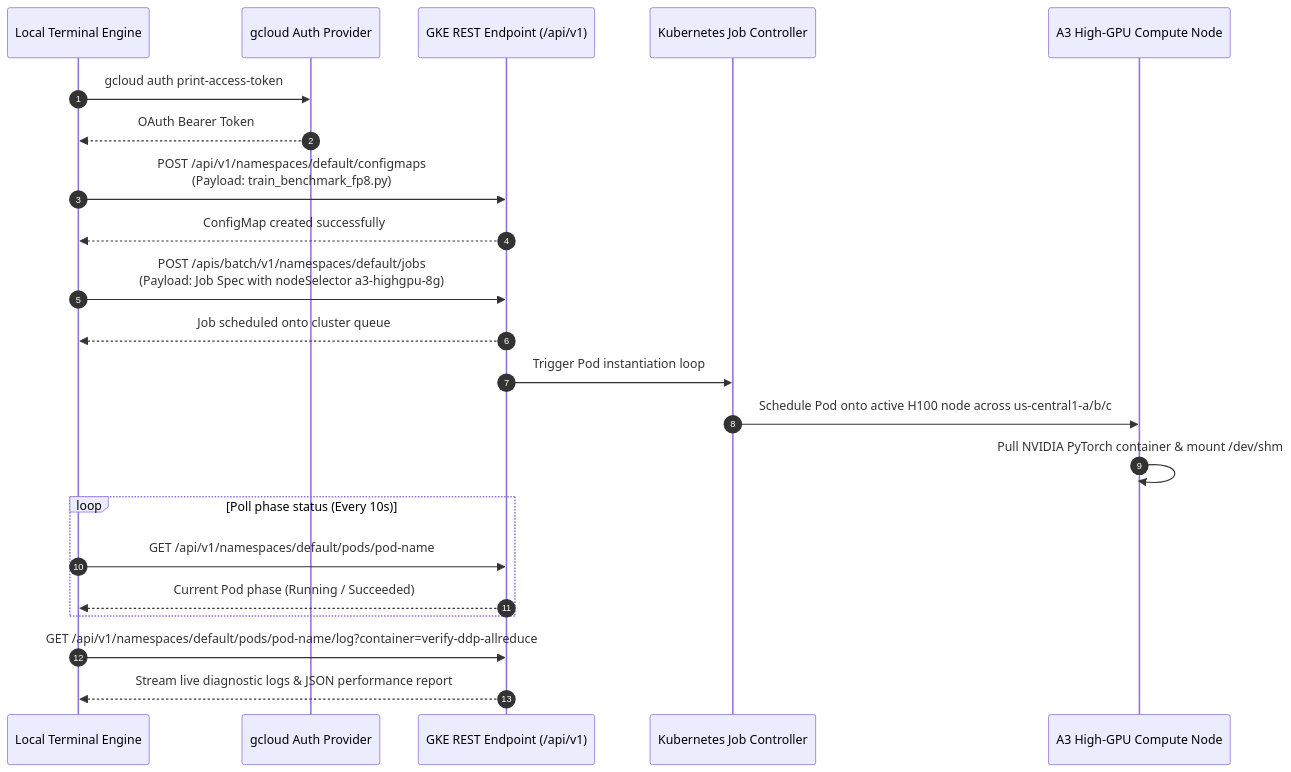
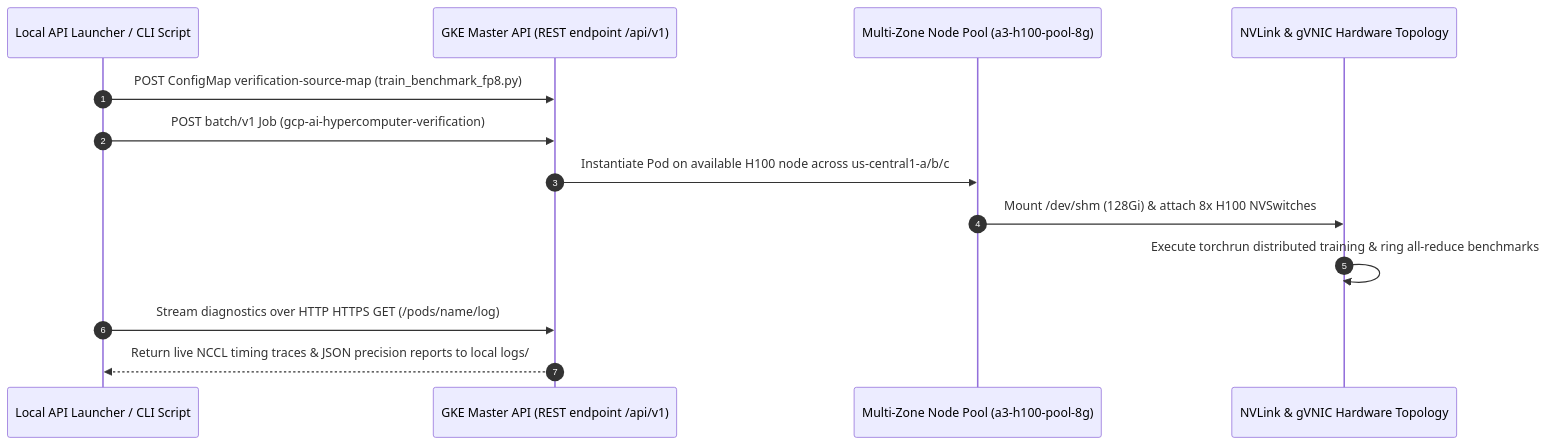
Before and after one commit to elideng-sg/hypercomputer-training-jobs: the fourth of 4 diagrams in ARCHITECTURE.md, drawn with Mermaid. The commit also changed other lines of this file and 1 other file, not shown here.

Commit message:
Enhance network topology graphs: simplify user access & highlight intra-node NVLink NVSwitches and inter-node GPUDirect gVNIC mesh

````diff
--- a/ARCHITECTURE.md
+++ b/ARCHITECTURE.md
@@ -112,25 +132,16 @@
 ```mermaid
 sequenceDiagram
     autonumber
-    participant Client as Local Terminal Engine
-    participant Auth as gcloud Auth Provider
-    participant GKE as GKE REST Endpoint (/api/v1)
-    participant KubeController as Kubernetes Job Controller
-    participant GPU as A3 High-GPU Compute Node
+    participant Dev as Local API Launcher / CLI Script
+    participant API as GKE Master API (REST endpoint /api/v1)
+    participant Pool as Multi-Zone Node Pool (a3-h100-pool-8g)
+    participant Fabric as NVLink & gVNIC Hardware Topology
 
-    Client->>Auth: gcloud auth print-access-token
-    Auth-->>Client: OAuth Bearer Token
-    Client->>GKE: POST /api/v1/namespaces/default/configmaps<br>(Payload: train_benchmark_fp8.py)
-    GKE-->>Client: ConfigMap created successfully
-    Client->>GKE: POST /apis/batch/v1/namespaces/default/jobs<br>(Payload: Job Spec with nodeSelector a3-highgpu-8g)
-    GKE-->>Client: Job scheduled onto cluster queue
-    GKE->>KubeController: Trigger Pod instantiation loop
-    KubeController->>GPU: Schedule Pod onto active H100 node across us-central1-a/b/c
-    GPU->>GPU: Pull NVIDIA PyTorch container & mount /dev/shm
-    loop Poll phase status (Every 10s)
-        Client->>GKE: GET /api/v1/namespaces/default/pods/pod-name
-        GKE-->>Client: Current Pod phase (Running / Succeeded)
-    end
-    Client->>GKE: GET /api/v1/namespaces/default/pods/pod-name/log?container=verify-ddp-allreduce
-    GKE-->>Client: Stream live diagnostic logs & JSON performance report
+    Dev->>API: POST ConfigMap verification-source-map (train_benchmark_fp8.py)
+    Dev->>API: POST batch/v1 Job (gcp-ai-hypercomputer-verification)
+    API->>Pool: Instantiate Pod on available H100 node across us-central1-a/b/c
+    Pool->>Fabric: Mount /dev/shm (128Gi) & attach 8x H100 NVSwitches
+    Fabric->>Fabric: Execute torchrun distributed training & ring all-reduce benchmarks
+    Dev->>API: Stream diagnostics over HTTP HTTPS GET (/pods/name/log)
+    API-->>Dev: Return live NCCL timing traces & JSON precision reports to local logs/
 ```
````
